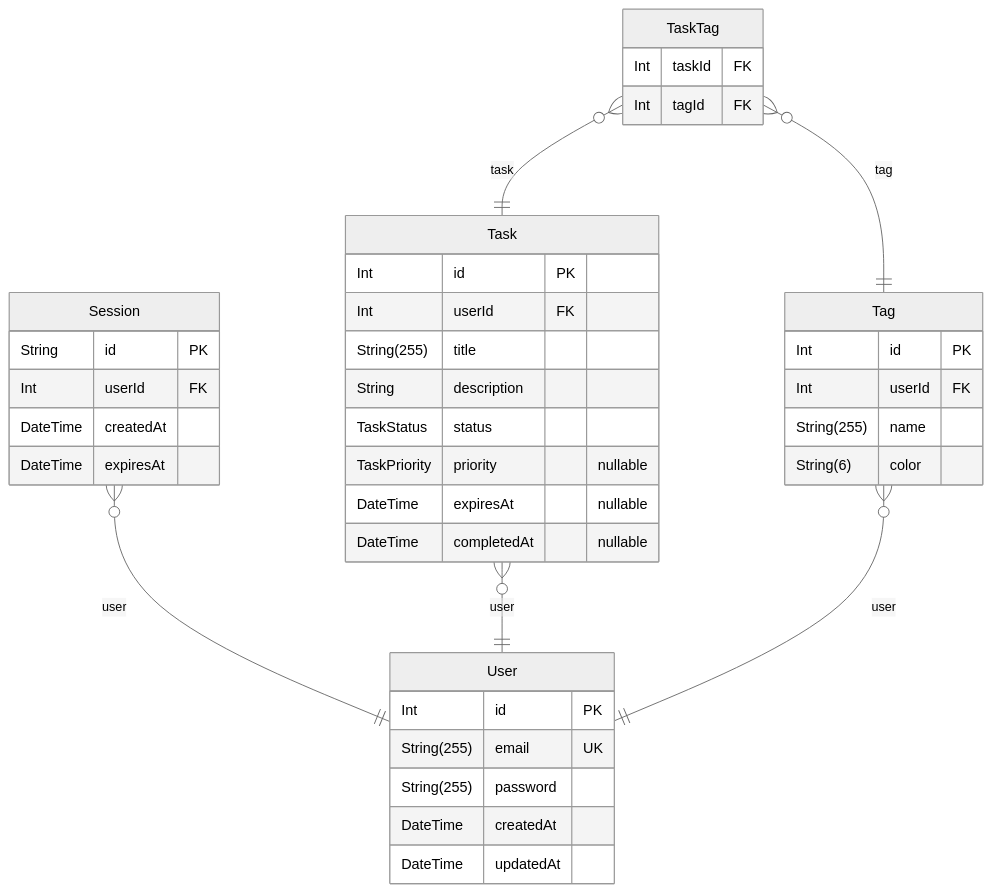
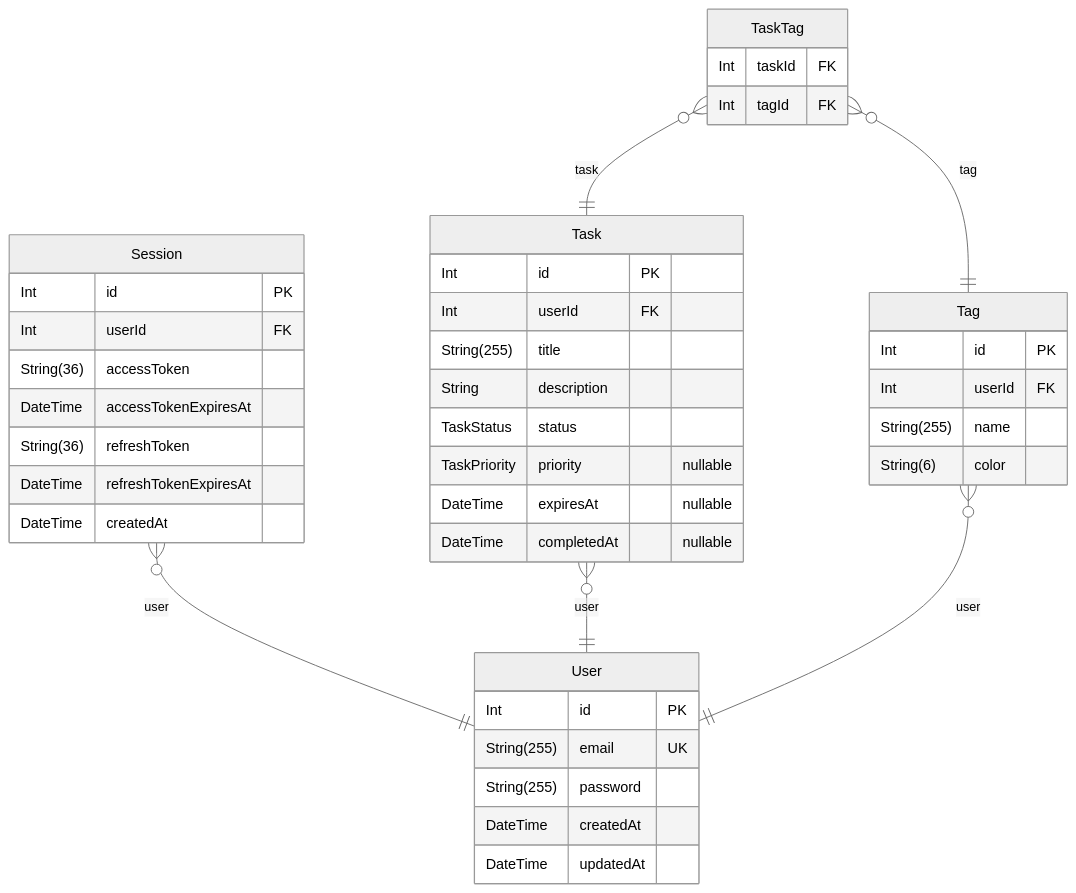
The diagram in ERD.md (YutoTejima/todo-workers), drawn with Mermaid (neutral theme) before and after one commit. The commit also changed other lines of this file and 6 other files, not shown here.

````diff
--- a/ERD.md
+++ b/ERD.md
@@ -9,41 +9,44 @@
 ```mermaid
 erDiagram
 "Session" {
-  String id PK
+  Int id PK
   Int userId FK
+  String(36) accessToken
+  DateTime accessTokenExpiresAt
+  String(36) refreshToken
+  DateTime refreshTokenExpiresAt
   DateTime createdAt
-  DateTime expiresAt
 }
 "User" {
   Int id PK
   String(255) email UK
   String(255) password
   DateTime createdAt
   DateTime updatedAt
 }
 "Task" {
   Int id PK
   Int userId FK
   String(255) title
   String description
   TaskStatus status
   TaskPriority priority "nullable"
   DateTime expiresAt "nullable"
   DateTime completedAt "nullable"
 }
 "Tag" {
   Int id PK
   Int userId FK
   String(255) name
   String(6) color
 }
 "TaskTag" {
   Int taskId FK
   Int tagId FK
 }
 "Session" }o--|| "User" : user
 "Task" }o--|| "User" : user
 "Tag" }o--|| "User" : user
 "TaskTag" }o--|| "Task" : task
 "TaskTag" }o--|| "Tag" : tag
 ```
````
